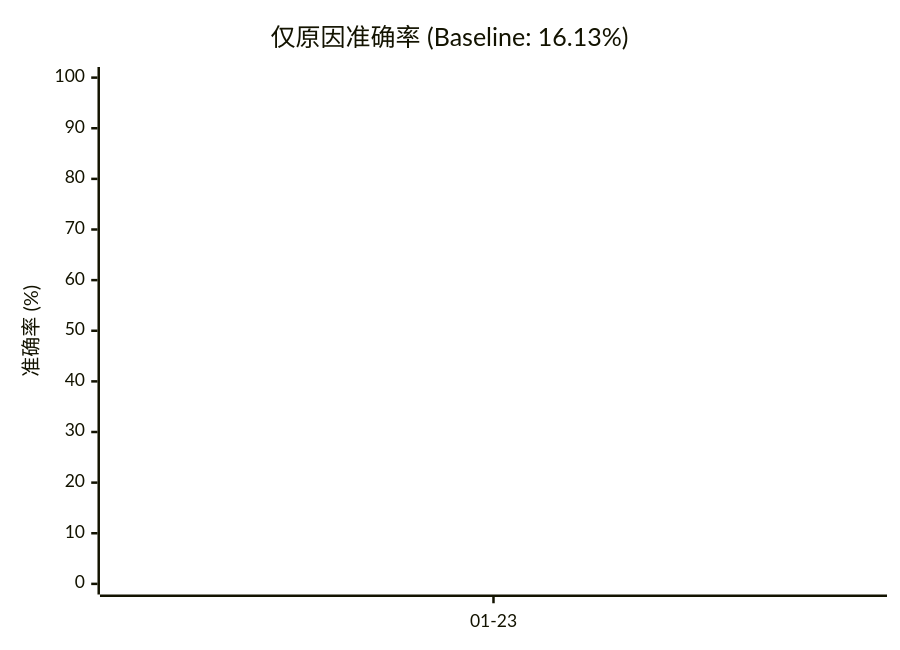
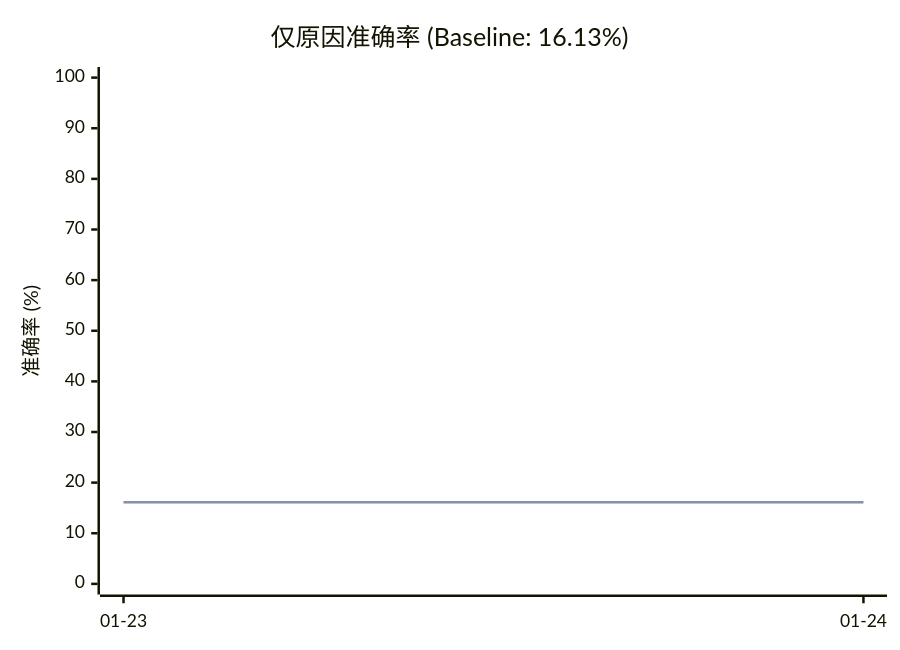
The fourth of 7 diagrams in evaluation/README.md (gongxh13/rca-agent), drawn with Mermaid before and after one commit. The commit also changed other lines of this file, not shown here.

````diff
--- a/evaluation/README.md
+++ b/evaluation/README.md
@@ -92,8 +93,8 @@
 ```mermaid
 xychart-beta
     title "仅原因准确率 (Baseline: 16.13%)"
-    x-axis ["01-23"]
+    x-axis ["01-23", "01-24"]
     y-axis "准确率 (%)" 0 --> 100
-    line [16.13]
-    line [16.13]
+    line [16.13, 16.13]
+    line [16.13, 16.13]
 ```
````
